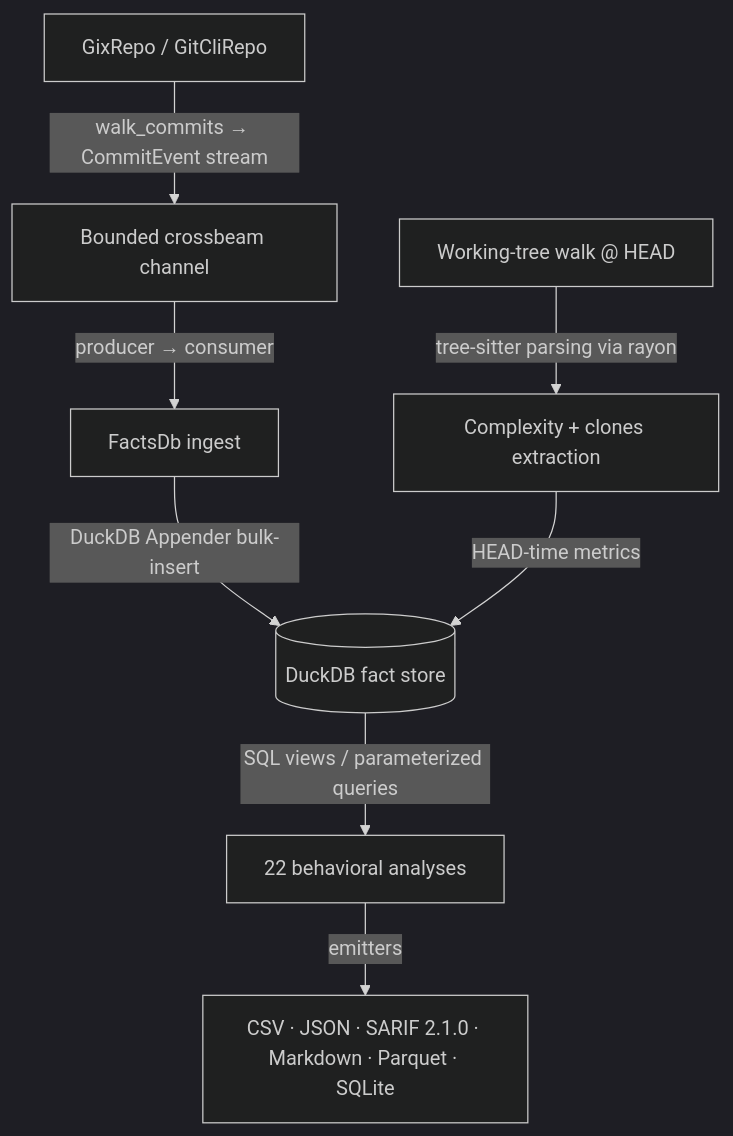
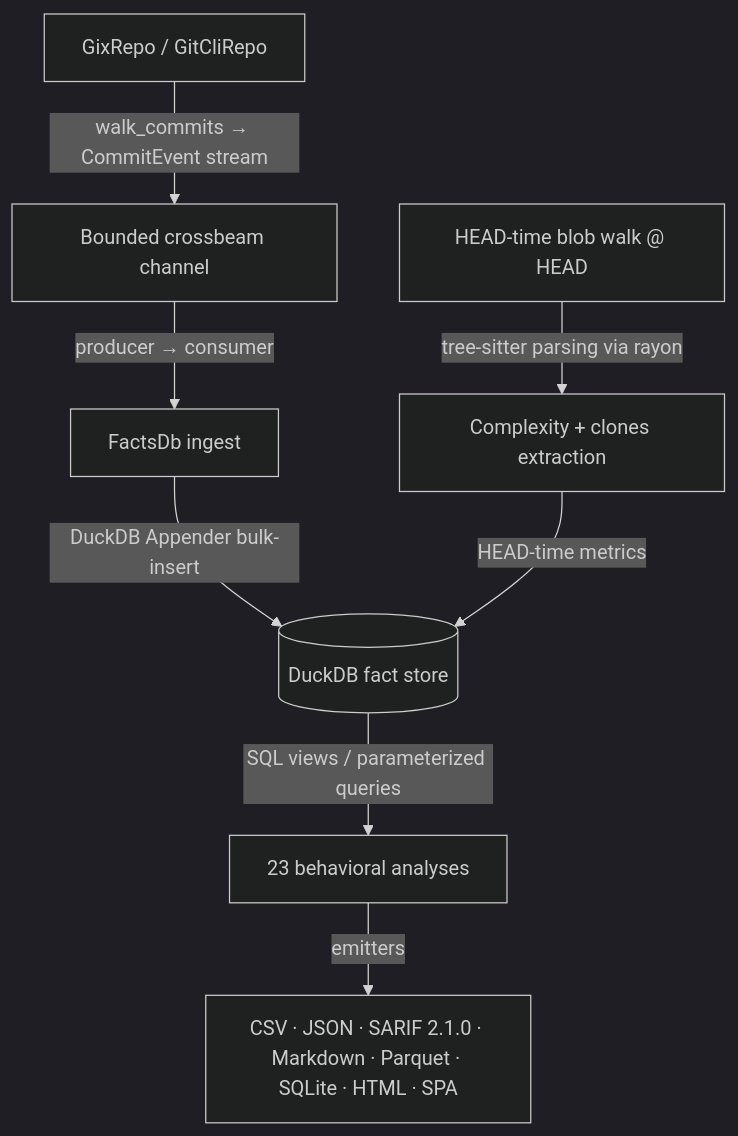
Before and after one commit to emrecdr/codelore: the diagram in docs/reports/deep_analysis_report.md, drawn with Mermaid (dark theme). The commit also changed other lines of this file, not shown here.

````diff
--- a/docs/reports/deep_analysis_report.md
+++ b/docs/reports/deep_analysis_report.md
@@ -16,10 +17,10 @@
 ```mermaid
 graph TD
     A[GixRepo / GitCliRepo] -->|walk_commits → CommitEvent stream| B[Bounded crossbeam channel]
     B -->|producer → consumer| C[FactsDb ingest]
     C -->|DuckDB Appender bulk-insert| D[(DuckDB fact store)]
-    E[Working-tree walk @ HEAD] -->|tree-sitter parsing via rayon| F[Complexity + clones extraction]
+    E[HEAD-time blob walk @ HEAD] -->|tree-sitter parsing via rayon| F[Complexity + clones extraction]
     F -->|HEAD-time metrics| D
-    D -->|SQL views / parameterized queries| G[22 behavioral analyses]
-    G -->|emitters| H[CSV · JSON · SARIF 2.1.0 · Markdown · Parquet · SQLite]
+    D -->|SQL views / parameterized queries| G[23 behavioral analyses]
+    G -->|emitters| H[CSV · JSON · SARIF 2.1.0 · Markdown · Parquet · SQLite · HTML · SPA]
 ```
````
